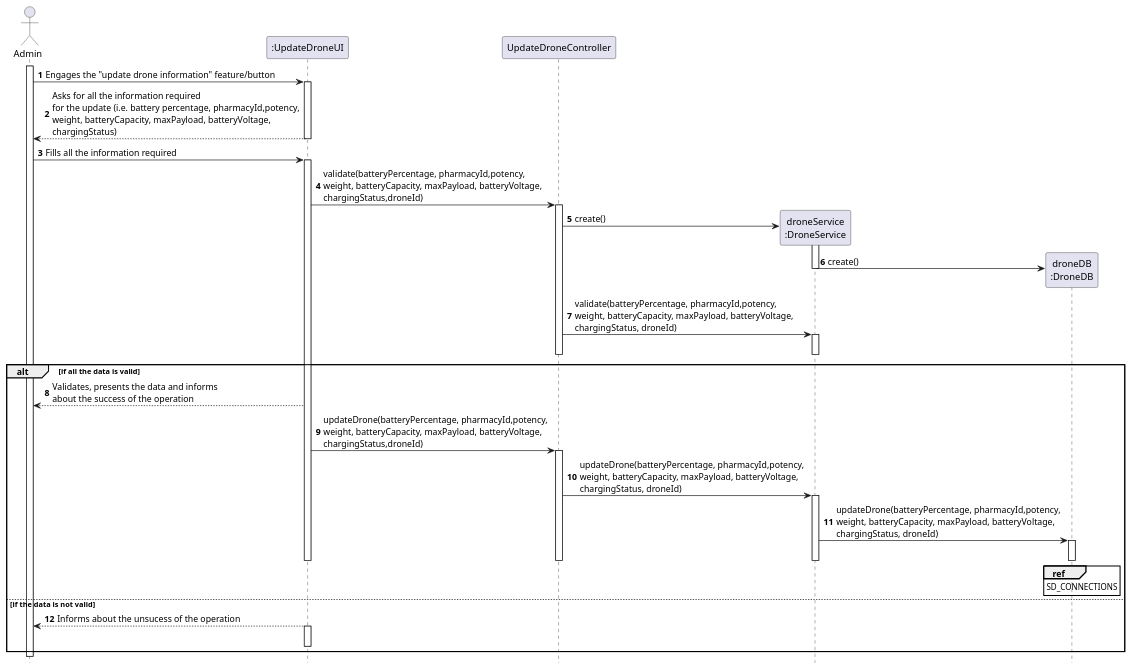
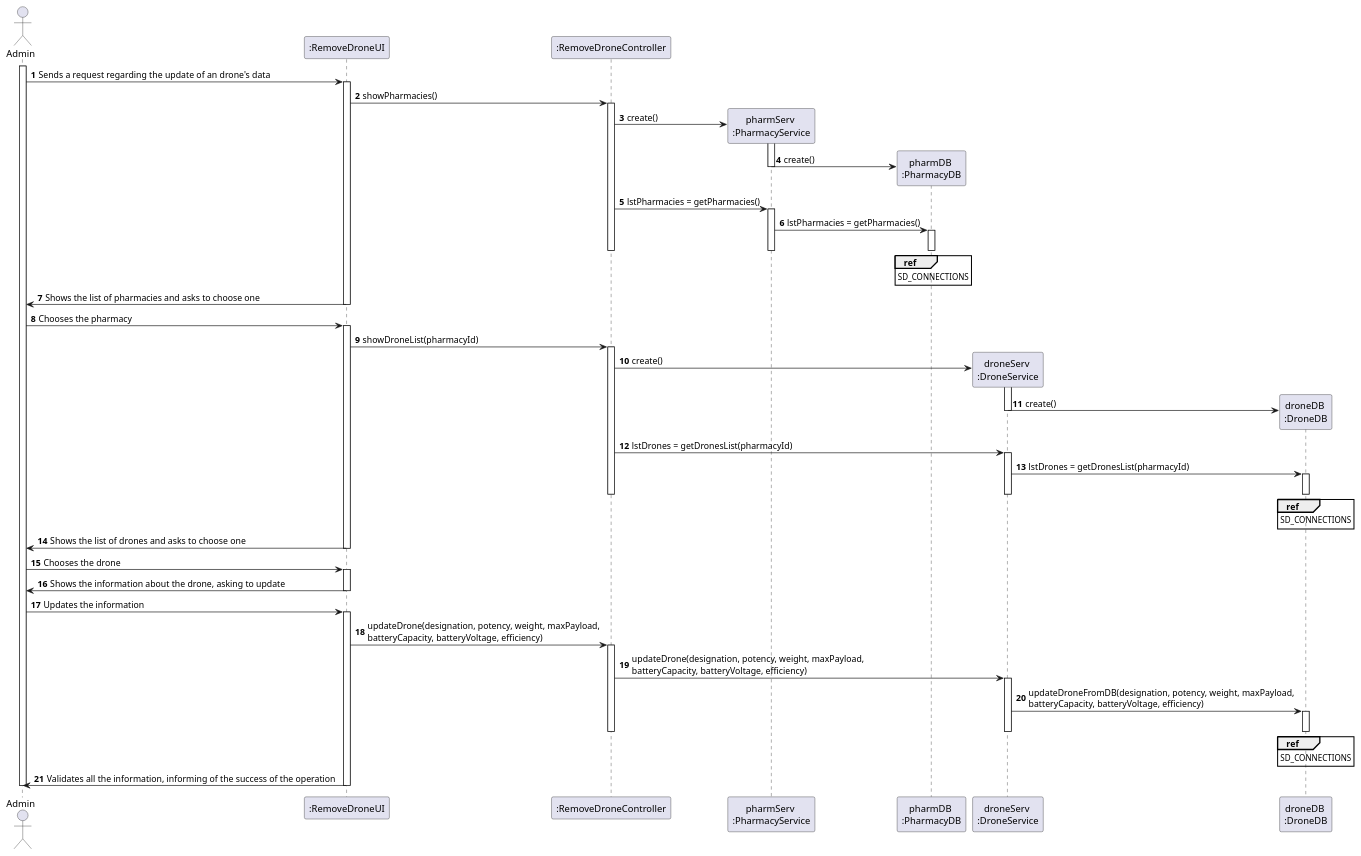
Before and after one commit to tiagoavcosta25/LAPR3: the diagram in docs/Iteration 3/Drone Management/Refinement/US195_UpdateDrone/US195_SD.puml, drawn with PlantUML. The commit also changed 16 other files, not shown here.

```diff
--- a/docs/Iteration 3/Drone Management/Refinement/US195_UpdateDrone/US195_SD.puml
+++ b/docs/Iteration 3/Drone Management/Refinement/US195_UpdateDrone/US195_SD.puml
@@ -1,60 +1,81 @@
 @startuml
 autonumber
-hide footbox
+actor "Admin" as ADMIN
 
-actor "Admin" as U
+participant ":RemoveDroneUI" as UI
+participant ":RemoveDroneController" as CTRL
+participant "pharmServ \n:PharmacyService" as PHS
+participant "pharmDB \n:PharmacyDB" as PHDB
+participant "droneServ \n:DroneService" as DS
+participant "droneDB \n:DroneDB" as DDB
 
-participant ":UpdateDroneUI" as SYST
-participant "UpdateDroneController" as CTRL
-participant "droneService\n:DroneService" as DS
-participant "droneDB\n:DroneDB" as DB
-activate U
+activate ADMIN
 
+ADMIN -> UI : Sends a request regarding the update of an drone's data
+activate UI
+UI -> CTRL : showPharmacies()
+activate CTRL
+CTRL -> PHS ** : create()
+activate PHS
+PHS -> PHDB ** : create()
+deactivate PHS
+CTRL -> PHS : lstPharmacies = getPharmacies()
+activate PHS
+PHS -> PHDB : lstPharmacies = getPharmacies()
+activate PHDB
+ref over PHDB
+SD_CONNECTIONS
+end ref
+deactivate PHDB
+deactivate PHS
+deactivate CTRL
+UI -> ADMIN : Shows the list of pharmacies and asks to choose one
+deactivate UI
 
-U -> SYST : Engages the "update drone information" feature/button
-activate SYST
-SYST --> U : Asks for all the information required \nfor the update (i.e. battery percentage, pharmacyId,potency,\nweight, batteryCapacity, maxPayload, batteryVoltage, \nchargingStatus)
-deactivate SYST
-
-U -> SYST : Fills all the information required
-activate SYST
-SYST -> CTRL : validate(batteryPercentage, pharmacyId,potency,\nweight, batteryCapacity, maxPayload, batteryVoltage, \nchargingStatus,droneId)
+ADMIN -> UI : Chooses the pharmacy
+activate UI
+UI -> CTRL : showDroneList(pharmacyId)
 activate CTRL
-CTRL -> DS** : create()
+CTRL -> DS ** : create()
 activate DS
-DS -> DB** : create()
+DS -> DDB ** : create()
 deactivate DS
-CTRL -> DS : validate(batteryPercentage, pharmacyId,potency,\nweight, batteryCapacity, maxPayload, batteryVoltage, \nchargingStatus, droneId)
+CTRL -> DS : lstDrones = getDronesList(pharmacyId)
 activate DS
+DS -> DDB : lstDrones = getDronesList(pharmacyId)
+activate DDB
+ref over DDB
+SD_CONNECTIONS
+end ref
+deactivate DDB
 deactivate DS
 deactivate CTRL
-alt if all the data is valid
-SYST --> U : Validates, presents the data and informs\nabout the success of the operation
-SYST -> CTRL : updateDrone(batteryPercentage, pharmacyId,potency,\nweight, batteryCapacity, maxPayload, batteryVoltage, \nchargingStatus,droneId)
+UI -> ADMIN : Shows the list of drones and asks to choose one
+deactivate UI
+ADMIN -> UI : Chooses the drone
+activate UI
+
+UI -> ADMIN : Shows the information about the drone, asking to update
+deactivate UI
+
+ADMIN -> UI : Updates the information
+activate UI
+UI -> CTRL : updateDrone(designation, potency, weight, maxPayload,\nbatteryCapacity, batteryVoltage, efficiency)
 activate CTRL
-CTRL -> DS : updateDrone(batteryPercentage, pharmacyId,potency,\nweight, batteryCapacity, maxPayload, batteryVoltage, \nchargingStatus, droneId)
+CTRL -> DS : updateDrone(designation, potency, weight, maxPayload,\nbatteryCapacity, batteryVoltage, efficiency)
 activate DS
-DS -> DB : updateDrone(batteryPercentage, pharmacyId,potency,\nweight, batteryCapacity, maxPayload, batteryVoltage, \nchargingStatus, droneId)
-activate DB
-ref over DB
+DS -> DDB : updateDroneFromDB(designation, potency, weight, maxPayload,\nbatteryCapacity, batteryVoltage, efficiency)
+activate DDB
+ref over DDB
 SD_CONNECTIONS
 end ref
-deactivate SYST
-
-
-
-deactivate DB
+deactivate DDB
 deactivate DS
 deactivate CTRL
+UI -> ADMIN : Validates all the information, informing of the success of the operation
 
-deactivate SYST
-else if the data is not valid
+deactivate UI
 
-SYST --> U : Informs about the unsucess of the operation
-activate SYST
-deactivate SYST
-end
-
-deactivate U
+deactivate ADMIN
 
 @enduml
```
